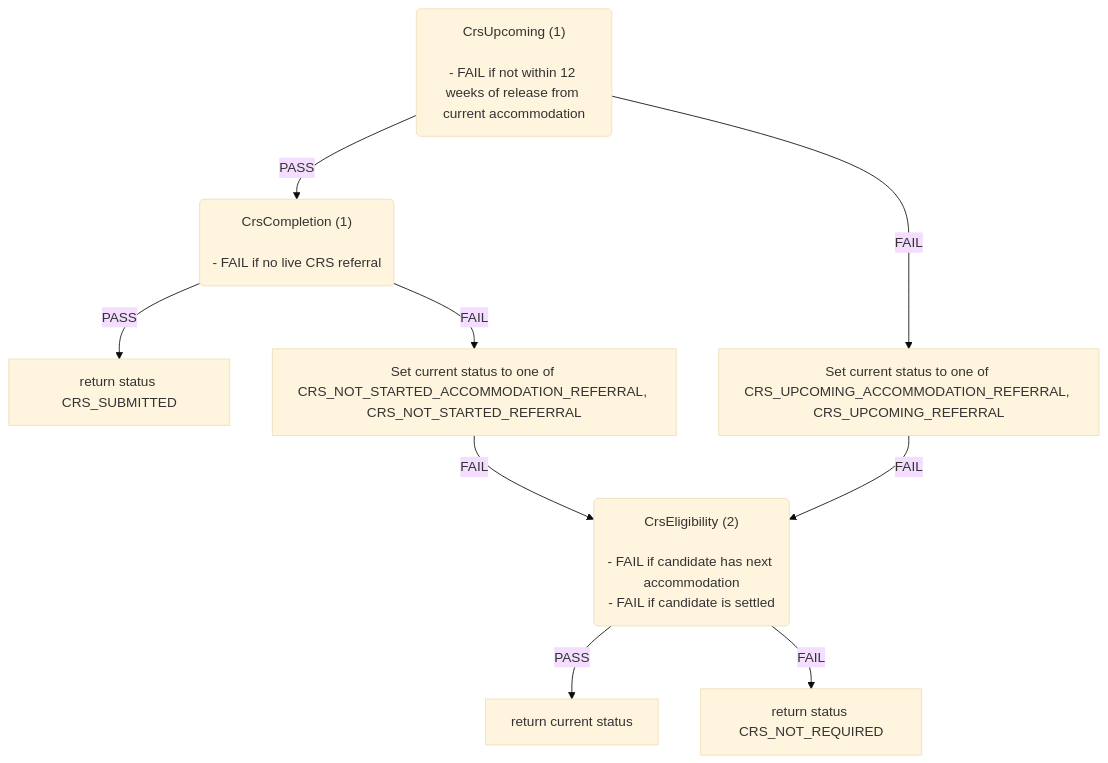
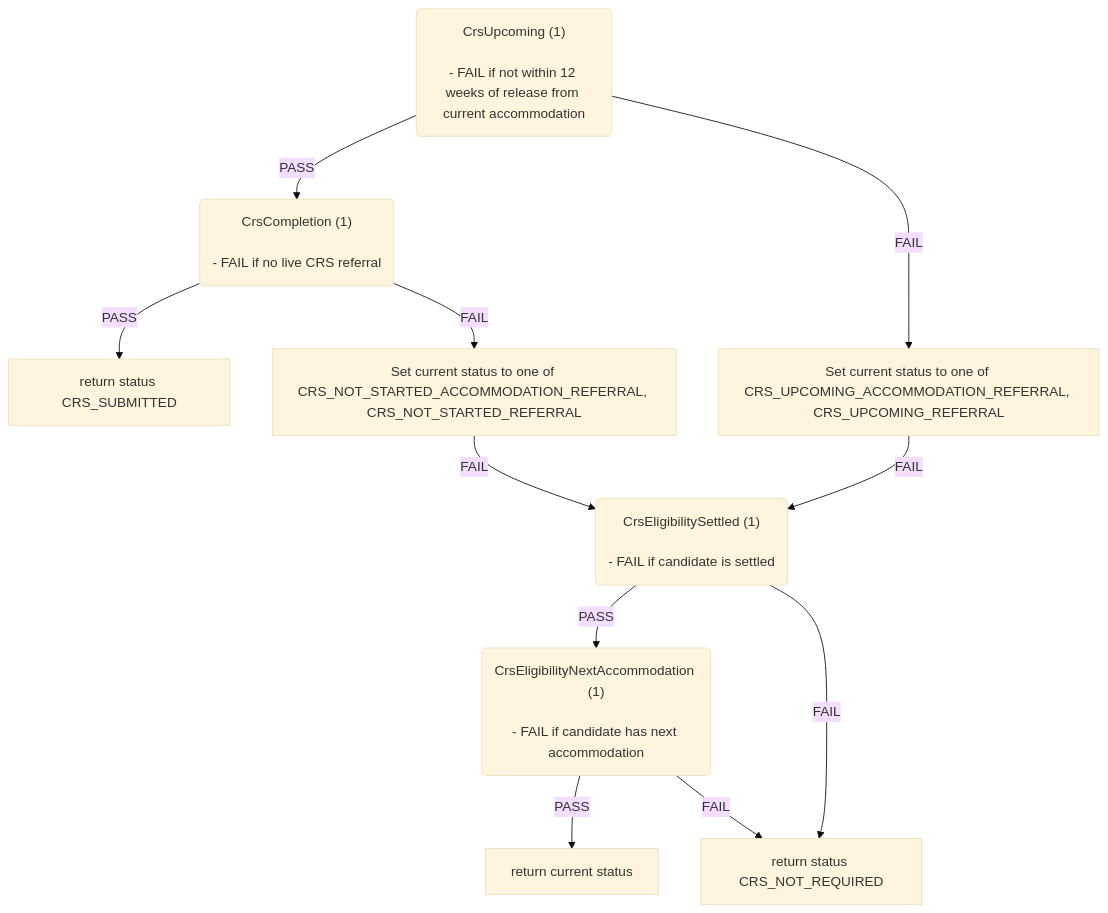
The fourth of 6 diagrams in docs/eligibility-rules-graph.md (ministryofjustice/hmpps-single-accommodation-service-api), drawn with Mermaid (base theme) before and after one commit. The commit also changed other lines of this file and 24 other files, not shown here.

````diff
--- a/docs/eligibility-rules-graph.md
+++ b/docs/eligibility-rules-graph.md
@@ -336,26 +364,30 @@
 ```mermaid
 flowchart TD
   CrsUpcoming("CrsUpcoming (1)
 
 - FAIL if not within 12 weeks of release from current accommodation")
   CrsCompletion("CrsCompletion (1)
 
 - FAIL if no live CRS referral")
   return_status_CRS_SUBMITTED["return status CRS_SUBMITTED"]
   Set_current_status_to_one_of_CRS_NOT_STARTED_ACCOMMODATION_REFERRAL__CRS_NOT_STARTED_REFERRAL["Set current status to one of CRS_NOT_STARTED_ACCOMMODATION_REFERRAL, CRS_NOT_STARTED_REFERRAL"]
-  CrsEligibility("CrsEligibility (2)
+  CrsEligibilitySettled("CrsEligibilitySettled (1)
 
-- FAIL if candidate has next accommodation
 - FAIL if candidate is settled")
+  CrsEligibilityNextAccommodation("CrsEligibilityNextAccommodation (1)
+
+- FAIL if candidate has next accommodation")
   return_current_status["return current status"]
   return_status_CRS_NOT_REQUIRED["return status CRS_NOT_REQUIRED"]
   Set_current_status_to_one_of_CRS_UPCOMING_ACCOMMODATION_REFERRAL__CRS_UPCOMING_REFERRAL["Set current status to one of CRS_UPCOMING_ACCOMMODATION_REFERRAL, CRS_UPCOMING_REFERRAL"]
   CrsCompletion -->|PASS| return_status_CRS_SUBMITTED
   CrsCompletion -->|FAIL| Set_current_status_to_one_of_CRS_NOT_STARTED_ACCOMMODATION_REFERRAL__CRS_NOT_STARTED_REFERRAL
-  CrsEligibility -->|PASS| return_current_status
-  CrsEligibility -->|FAIL| return_status_CRS_NOT_REQUIRED
-  Set_current_status_to_one_of_CRS_NOT_STARTED_ACCOMMODATION_REFERRAL__CRS_NOT_STARTED_REFERRAL -->|FAIL| CrsEligibility
+  CrsEligibilityNextAccommodation -->|PASS| return_current_status
+  CrsEligibilityNextAccommodation -->|FAIL| return_status_CRS_NOT_REQUIRED
+  CrsEligibilitySettled -->|PASS| CrsEligibilityNextAccommodation
+  CrsEligibilitySettled -->|FAIL| return_status_CRS_NOT_REQUIRED
+  Set_current_status_to_one_of_CRS_NOT_STARTED_ACCOMMODATION_REFERRAL__CRS_NOT_STARTED_REFERRAL -->|FAIL| CrsEligibilitySettled
   CrsUpcoming -->|PASS| CrsCompletion
   CrsUpcoming -->|FAIL| Set_current_status_to_one_of_CRS_UPCOMING_ACCOMMODATION_REFERRAL__CRS_UPCOMING_REFERRAL
-  Set_current_status_to_one_of_CRS_UPCOMING_ACCOMMODATION_REFERRAL__CRS_UPCOMING_REFERRAL -->|FAIL| CrsEligibility
+  Set_current_status_to_one_of_CRS_UPCOMING_ACCOMMODATION_REFERRAL__CRS_UPCOMING_REFERRAL -->|FAIL| CrsEligibilitySettled
 ```
````
